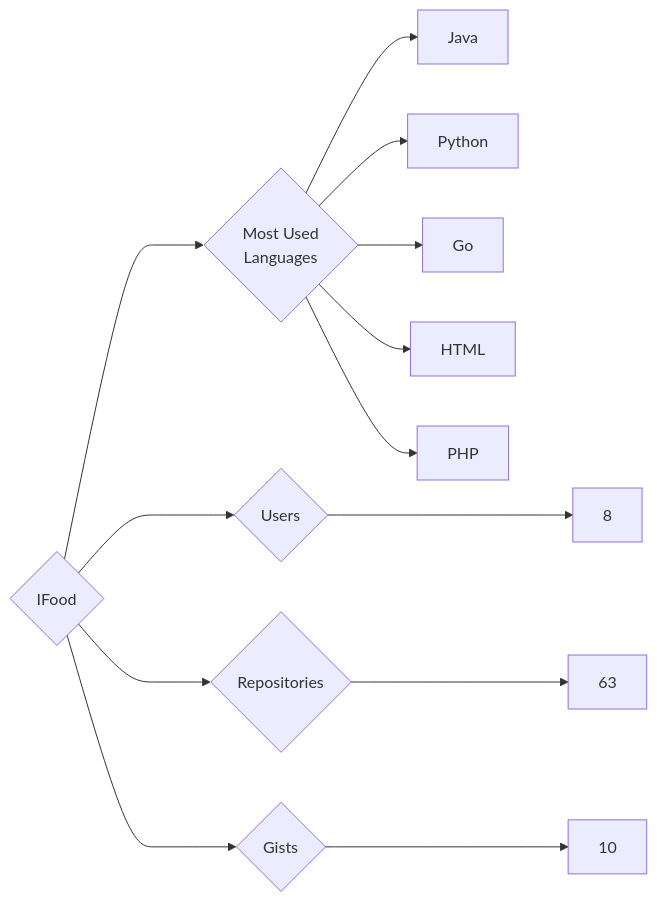
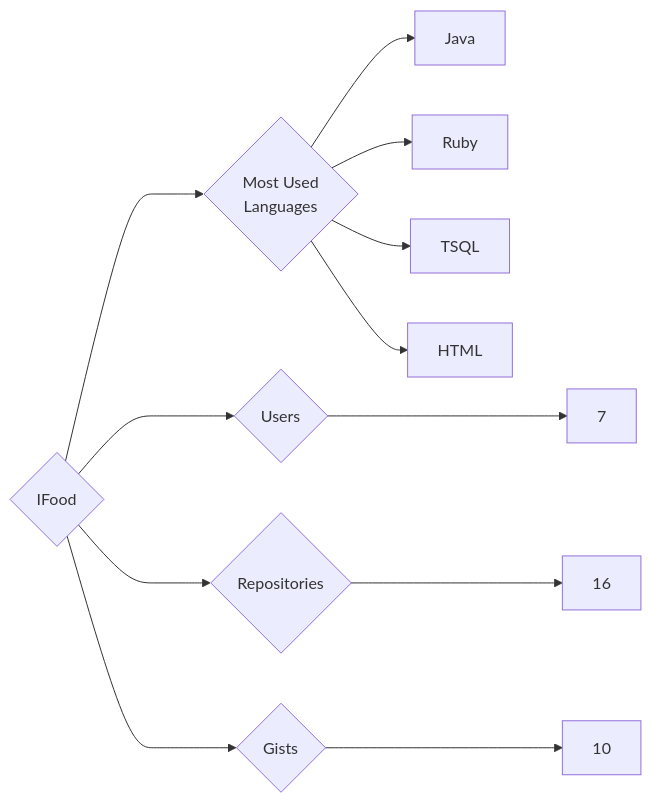
One commit to trickest/insiders changed the diagram in targets/IFood/README.md. Above: the diagram before and after it, drawn with Mermaid. The commit also changed 1212 other files, not shown here.

````diff
--- a/targets/IFood/README.md
+++ b/targets/IFood/README.md
@@ -3,13 +3,12 @@
 ```mermaid
 graph LR
 COMPANY_NAME{IFood}
-COMPANY_NAME ---> U{Users} ---> UN[8]
-COMPANY_NAME ---> R{Repositories} ---> RN[63]
+COMPANY_NAME ---> U{Users} ---> UN[7]
+COMPANY_NAME ---> R{Repositories} ---> RN[16]
 COMPANY_NAME ---> G{Gists} ---> GN[10]
 COMPANY_NAME ---> ML{Most Used<br>Languages}
 ML --> Java[Java]
-ML --> Python[Python]
-ML --> Go[Go]
+ML --> Ruby[Ruby]
+ML --> TSQL[TSQL]
 ML --> HTML[HTML]
-ML --> PHP[PHP]
 ```
````
